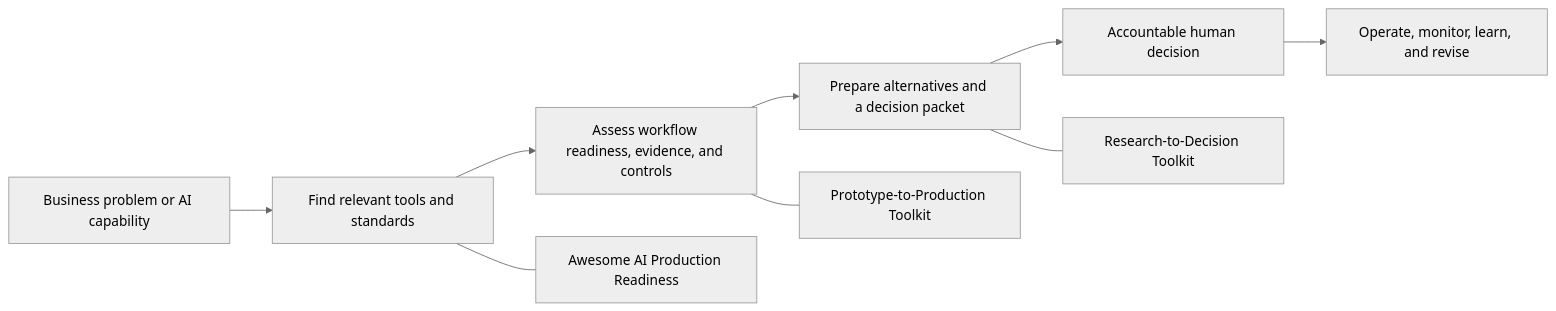
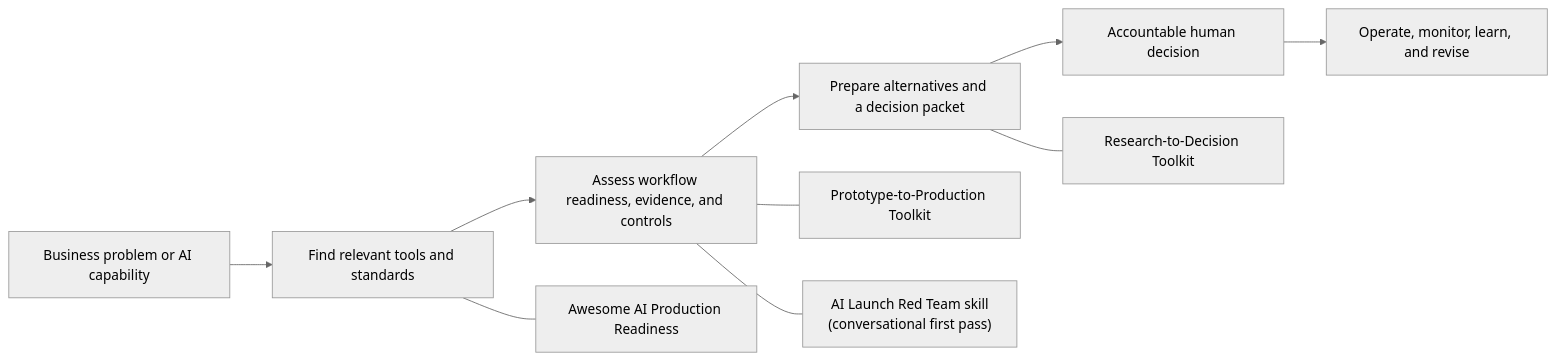
Before and after one commit to Anonymousyz/Anonymousyz: the diagram in README.md, drawn with Mermaid (neutral theme). The commit also changed other lines of this file, not shown here.

Commit message:
docs: add launch red-team entry point, continuous verification, and Chinese summary

````diff
--- a/README.md
+++ b/README.md
@@ -27,12 +28,13 @@
 ```mermaid
 flowchart LR
     A[Business problem or AI capability] --> B[Find relevant tools and standards]
     B --> C[Assess workflow readiness, evidence, and controls]
     C --> D[Prepare alternatives and a decision packet]
     D --> E[Accountable human decision]
     E --> F[Operate, monitor, learn, and revise]
 
     B --- R1[Awesome AI Production Readiness]
     C --- R2[Prototype-to-Production Toolkit]
+    C --- R4["AI Launch Red Team skill<br/>(conversational first pass)"]
     D --- R3[Research-to-Decision Toolkit]
 ```
````
